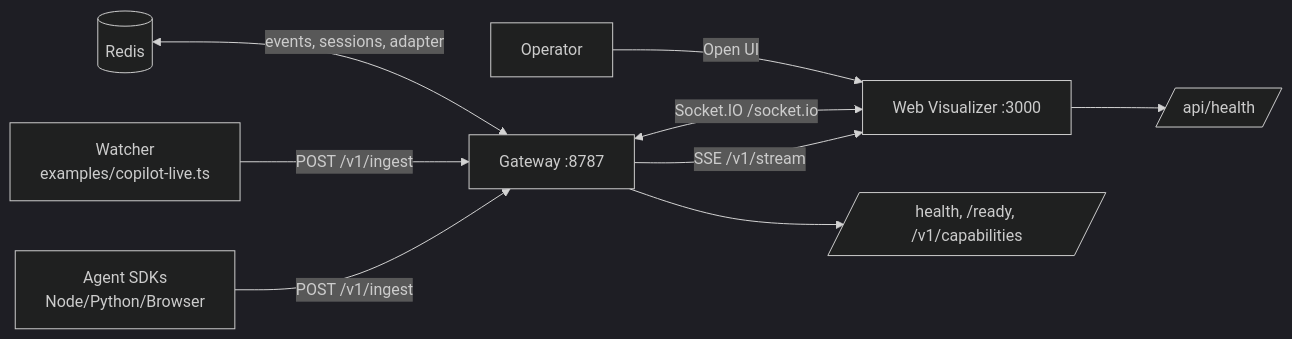
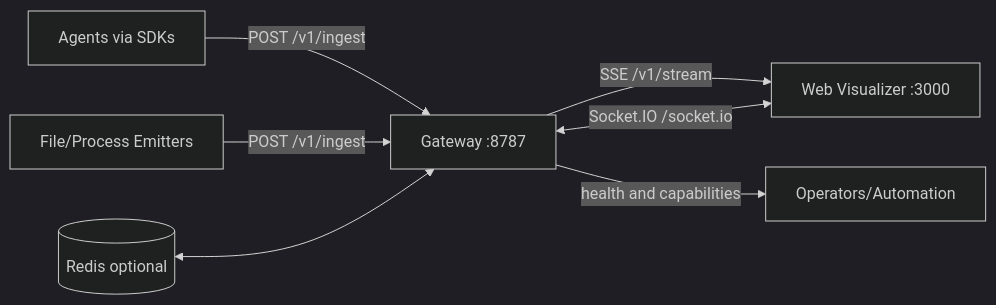
The diagram in README.md (inbharatai/agent-arcade-gateway), drawn with Mermaid (dark theme) before and after one commit. The commit also changed other lines of this file, not shown here.

Commit message:
docs: rewrite README to world-class product and ops standard

````diff
--- a/README.md
+++ b/README.md
@@ -63,12 +31,9 @@
 ```mermaid
 flowchart LR
-  A[Agent SDKs\nNode/Python/Browser] -->|POST /v1/ingest| G[Gateway :8787]
-  W[Watcher\nexamples/copilot-live.ts] -->|POST /v1/ingest| G
+  A[Agents via SDKs] -->|POST /v1/ingest| G[Gateway :8787]
+  W[File/Process Emitters] -->|POST /v1/ingest| G
   G -->|SSE /v1/stream| UI[Web Visualizer :3000]
   G <-->|Socket.IO /socket.io| UI
-  U[Operator] -->|Open UI| UI
-  R[(Redis)] <-->|events, sessions, adapter| G
-
-  G --> H[/health, /ready, /v1/capabilities/]
-  UI --> HW[/api/health/]
+  G -->|health and capabilities| Ops[Operators/Automation]
+  R[(Redis optional)] <--> G
 ```
````
